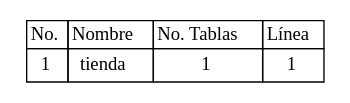
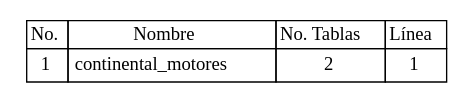
Before and after one commit to Jodyannre/COMPI2_proyecto2_2022: the diagram in Back/Web/tablas/tablaBD.dot, drawn with Graphviz. The commit also changed 14 other files, not shown here.

```diff
--- a/Back/Web/tablas/tablaBD.dot
+++ b/Back/Web/tablas/tablaBD.dot
@@ -1,27 +1,27 @@
 
 	digraph {
 		tablaSimbolos [
 		  shape=plaintext
 		  label=<
 			<table border='0' cellborder='1' color='black' cellspacing='0'>
 			  <tr>
 				  <td>No.</td>
 				  <td>Nombre</td>
 				  <td>No. Tablas</td>
 				  <td>Línea</td>
 			  </tr>
 <tr>
 <td cellpadding='4'>
 1
 </td>
-<td cellpadding='4'>tienda
+<td cellpadding='4'>continental_motores
 </td>
-<td cellpadding='4'>1
+<td cellpadding='4'>2
 </td>
 <td cellpadding='4'>1
 </td>
 </tr>
 
 		</table>
 		>];
 	}
```
